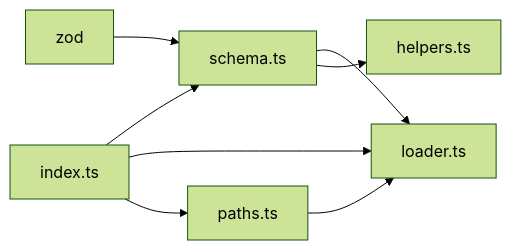
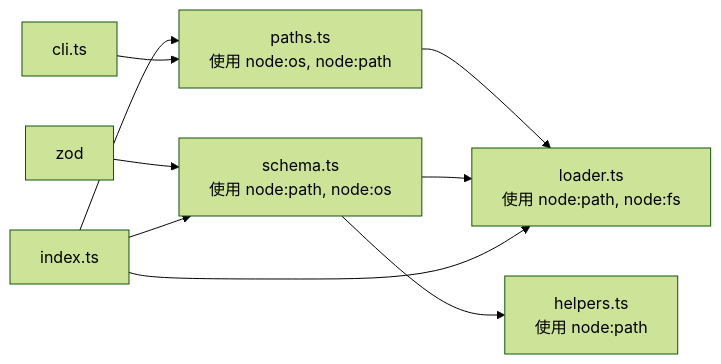
The third of 3 diagrams in .qoder/repowiki/zh/content/配置系统/配置模式定义.md (neciszhang/batbot), drawn with Mermaid (forest theme) before and after one commit. The commit also changed other lines of this file and 7 other files, not shown here.

````diff
--- a/.qoder/repowiki/zh/content/配置系统/配置模式定义.md
+++ b/.qoder/repowiki/zh/content/配置系统/配置模式定义.md
@@ -341,10 +352,11 @@
 ```mermaid
 graph LR
-Z["zod"] --> SCHEMA["schema.ts"]
-PATHS["paths.ts"] --> LOADER["loader.ts"]
+Z["zod"] --> SCHEMA["schema.ts<br/>使用 node:path, node:os"]
+PATHS["paths.ts<br/>使用 node:os, node:path"] --> LOADER["loader.ts<br/>使用 node:path, node:fs"]
 SCHEMA --> LOADER
-SCHEMA --> HELPERS["helpers.ts"]
+SCHEMA --> HELPERS["helpers.ts<br/>使用 node:path"]
 INDEX["index.ts"] --> SCHEMA
 INDEX --> LOADER
 INDEX --> PATHS
+CLI["cli.ts"] --> PATHS
 ```
````
